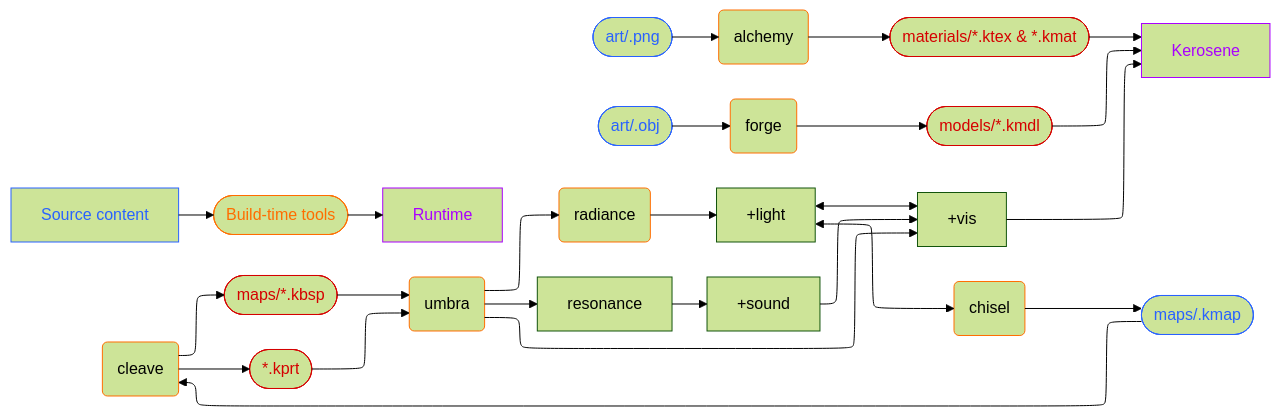
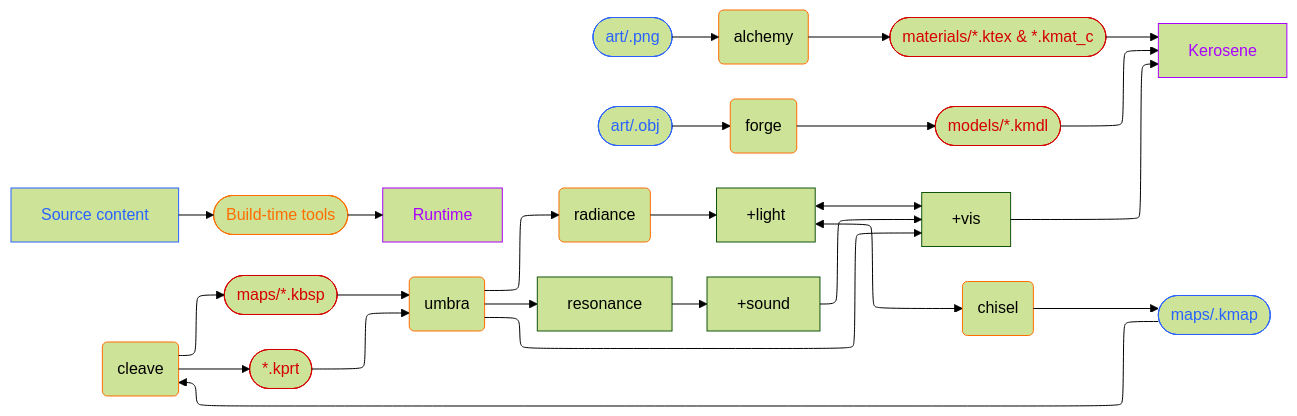
Before and after one commit to T342guy/Kerosene: the first of 2 diagrams in src/docs/architecture.md, drawn with Mermaid (forest theme). The commit also changed 89 other files, not shown here.

````diff
--- a/src/docs/architecture.md
+++ b/src/docs/architecture.md
@@ -7,55 +7,55 @@
 ```mermaid
 ---
 config:
   layout: elk
 ---
 flowchart LR
     n1["Source content"] --> n2(["Build-time tools"])
     n2 --> n3["Runtime"]
     n4(["art/.png"]) --> n7@{ label: "<span style=\"color:\">alchemy</span>" }
-    n7 --> n8(["materials/*.ktex &amp; *.kmat"])
+    n7 --> n8(["materials/*.ktex &amp; *.kmat_c"])
     n8 --> n9["Kerosene"]
     n5(["art/.obj"]) --> n10["forge"]
     n10 --> n11(["models/*.kmdl"])
     n11 --> n9
     n6(["maps/.kmap"]) --> n12["cleave"]
     n12 --> n13(["maps/*.kbsp"]) & n15(["`*.kprt`"])
     n13 --> n14["umbra"]
     n15 --> n14
     n14 --> n16["+vis"] & n17["radiance"] & n20["resonance"]
     n16 --> n9
     n17 --> n18["+light"]
     n20 --> n21["+sound"]
     n21 --> n16
     n18 <--> n16 & n19["chisel"]
     n19 --> n6
 
     n1@{ shape: rect}
     n3@{ shape: rect}
     n7@{ shape: rounded}
     n9@{ shape: rect}
     n10@{ shape: rounded}
     n12@{ shape: rounded}
     n14@{ shape: rounded}
     n16@{ shape: rect}
     n17@{ shape: rounded}
     n18@{ shape: rect}
     n19@{ shape: rounded}
     style n1 stroke:#2962FF,color:#2962FF
     style n2 stroke:#FF6D00,color:#FF6D00
     style n3 stroke:#AA00FF,color:#AA00FF
     style n4 stroke:#2962FF,color:#2962FF
     style n7 stroke:#FF6D00
     style n8 color:#D50000,stroke:#D50000
     style n9 color:#AA00FF,stroke:#AA00FF
     style n5 stroke:#2962FF,color:#2962FF
     style n10 stroke:#FF6D00
     style n11 color:#D50000,stroke:#D50000
     style n6 stroke:#2962FF,color:#2962FF
     style n12 stroke:#FF6D00
     style n13 color:#D50000,stroke:#D50000
     style n15 stroke:#D50000,color:#D50000
     style n14 stroke:#FF6D00
     style n17 stroke:#FF6D00
     style n19 stroke:#FF6D00
 ```
````
